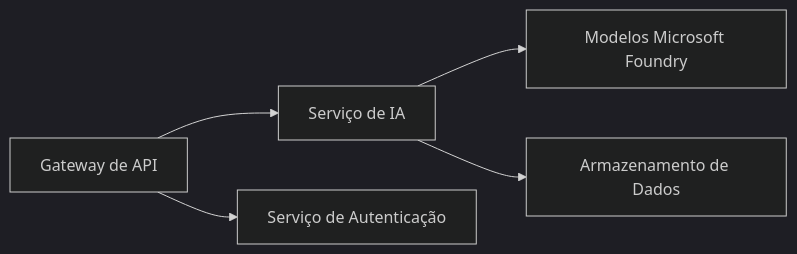
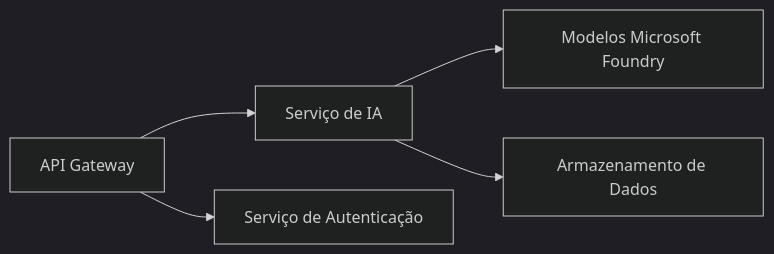
Before and after one commit to microsoft/AZD-for-beginners: the first of 2 diagrams in translations/pt-PT/docs/chapter-08-production/README.md, drawn with Mermaid (dark theme). The commit also changed other lines of this file and 104 other files, not shown here.

````diff
--- a/translations/pt-PT/docs/chapter-08-production/README.md
+++ b/translations/pt-PT/docs/chapter-08-production/README.md
@@ -48,6 +48,6 @@
 ```mermaid
 graph LR
-    Gateway[Gateway de API] --> AI[Serviço de IA] --> Models[Modelos Microsoft Foundry]
+    Gateway[API Gateway] --> AI[Serviço de IA] --> Models[Modelos Microsoft Foundry]
     Gateway --> Auth[Serviço de Autenticação]
     AI --> Data[Armazenamento de Dados]
 ```
````
